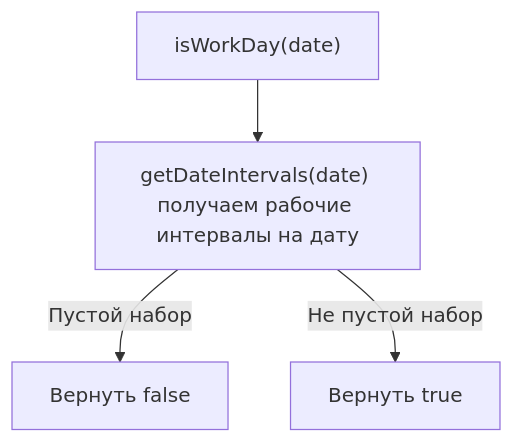
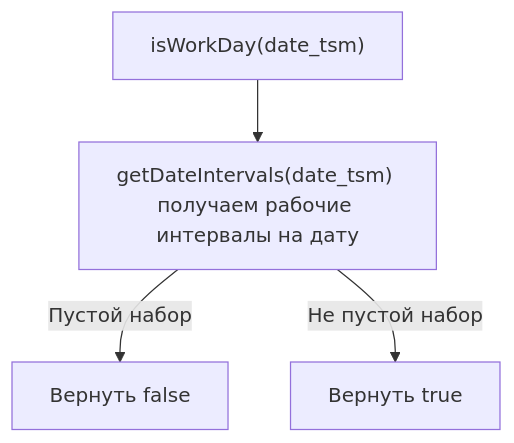
One commit to spo0okie/arms_inventory changed the fifth of 14 diagrams in modules/schedules/plans/compile.md. Above: the diagram before and after it, drawn with Mermaid. The commit also changed other lines of this file, not shown here.

````diff
--- a/modules/schedules/plans/compile.md
+++ b/modules/schedules/plans/compile.md
@@ -227,6 +258,6 @@
 ```mermaid
 flowchart TD
-    A["isWorkDay(date)"] --> C["getDateIntervals(date) получаем рабочие интервалы на дату"]
+    A["isWorkDay(date_tsm)"] --> C["getDateIntervals(date_tsm) получаем рабочие интервалы на дату"]
     C -->|Пустой набор| D[Вернуть false]
     C -->|Не пустой набор| E[Вернуть true]
 ```
````
